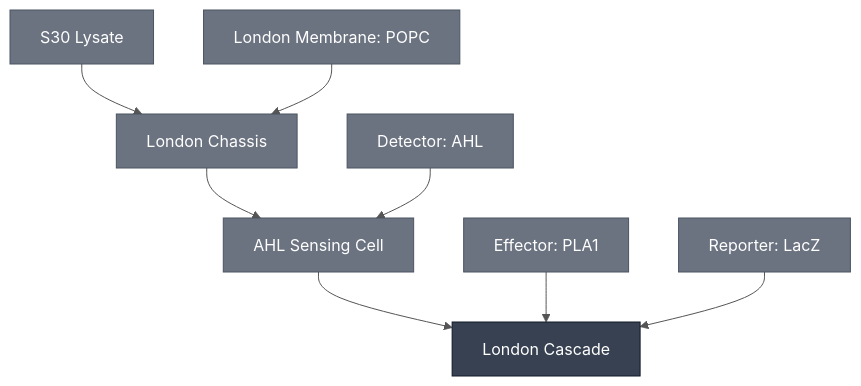
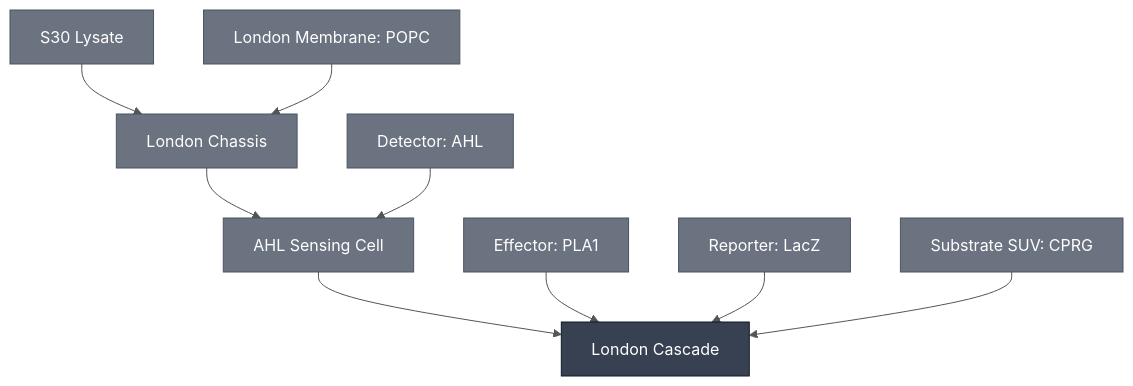
One commit to nucleus-eng/nucleus-docs changed the second of 2 diagrams in docs/modules/london-cascade/spec.md. Above: the diagram before and after it, drawn with Mermaid. The commit also changed other lines of this file and 7 other files, not shown here.

````diff
--- a/docs/modules/london-cascade/spec.md
+++ b/docs/modules/london-cascade/spec.md
@@ -50,34 +50,37 @@
 ```mermaid
 %%{init: {'theme': 'base', 'themeVariables': {'lineColor': '#555555', 'edgeLabelBackground': '#ffffff'}}}%%
 flowchart TD
     AHL_SENSING_CELL["AHL Sensing Cell"]
-    DETECTOR_AHL["Detector: AHL"]
+    DETECTOR_3OC6_HSL["Detector: AHL"]
     EFFECTOR_PLA1["Effector: PLA1"]
     LONDON_CASCADE["London Cascade"]
     LONDON_CHASSIS["London Chassis"]
     MEMBRANE_POPC["London Membrane: POPC"]
     REPORTER_LACZ["Reporter: LacZ"]
     S30_LYSATE["S30 Lysate"]
+    SUBSTRATE_CPRG_SUV["Substrate SUV: CPRG"]
 
     LONDON_CHASSIS --> AHL_SENSING_CELL
-    DETECTOR_AHL --> AHL_SENSING_CELL
+    DETECTOR_3OC6_HSL --> AHL_SENSING_CELL
     AHL_SENSING_CELL --> LONDON_CASCADE
     EFFECTOR_PLA1 --> LONDON_CASCADE
     REPORTER_LACZ --> LONDON_CASCADE
+    SUBSTRATE_CPRG_SUV --> LONDON_CASCADE
     S30_LYSATE --> LONDON_CHASSIS
     MEMBRANE_POPC --> LONDON_CHASSIS
 
     classDef constituent fill:#6B7280,color:#ffffff,stroke:#4B5563;
     classDef this fill:#374151,color:#ffffff,stroke:#111827;
-    class AHL_SENSING_CELL,DETECTOR_AHL,EFFECTOR_PLA1,LONDON_CHASSIS,MEMBRANE_POPC,REPORTER_LACZ,S30_LYSATE constituent;
+    class AHL_SENSING_CELL,DETECTOR_3OC6_HSL,EFFECTOR_PLA1,LONDON_CHASSIS,MEMBRANE_POPC,REPORTER_LACZ,S30_LYSATE,SUBSTRATE_CPRG_SUV constituent;
     class LONDON_CASCADE this;
 
     click AHL_SENSING_CELL "/docs/modules/ahl-sensing-cell/spec"
-    click DETECTOR_AHL "/docs/modules/detector-3oc6-hsl/spec"
+    click DETECTOR_3OC6_HSL "/docs/modules/detector-3oc6-hsl/spec"
     click EFFECTOR_PLA1 "/docs/modules/effector-pla1/spec"
     click LONDON_CASCADE "/docs/modules/london-cascade/spec"
     click LONDON_CHASSIS "/docs/modules/london-chassis/spec"
     click MEMBRANE_POPC "/docs/modules/membrane-popc/spec"
     click REPORTER_LACZ "/docs/modules/reporter-lacz/spec"
     click S30_LYSATE "/docs/modules/s30-lysate/spec"
+    click SUBSTRATE_CPRG_SUV "/docs/modules/substrate-cprg-suv/spec"
 ```
````
